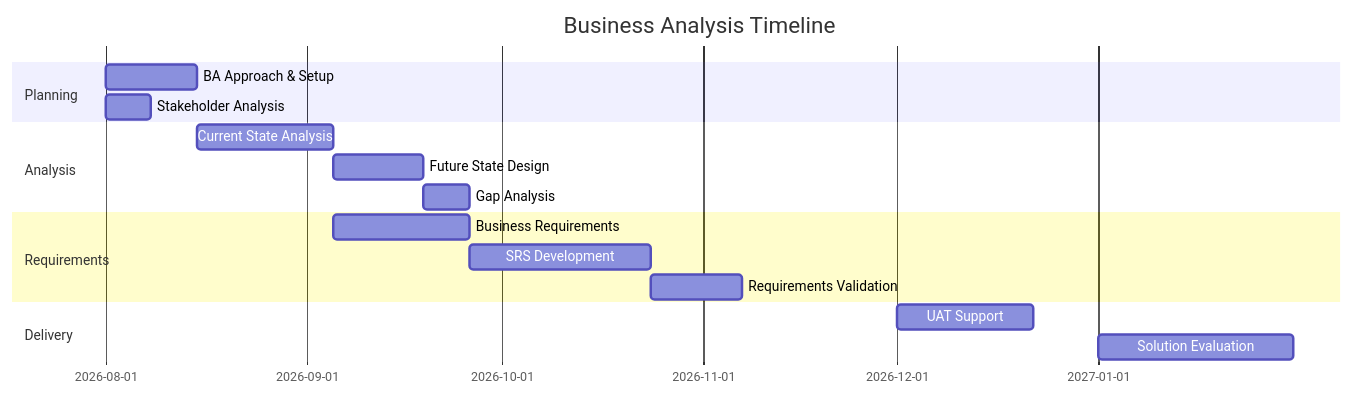
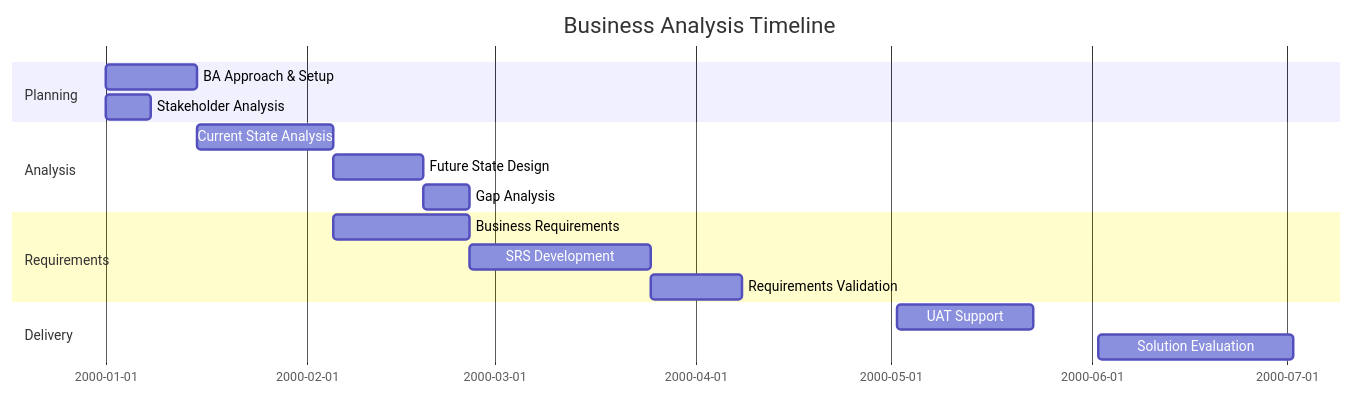
Before and after one commit to oat431/swe-knowledge: the third of 4 diagrams in document-template/01_Business_Analysis_and_strategy/Business-Analysis-Approach.md, drawn with Mermaid. The commit also changed 56 other files, not shown here.

````diff
--- a/document-template/01_Business_Analysis_and_strategy/Business-Analysis-Approach.md
+++ b/document-template/01_Business_Analysis_and_strategy/Business-Analysis-Approach.md
@@ -344,19 +344,20 @@
 ```mermaid
 gantt
     title Business Analysis Timeline
     dateFormat YYYY-MM-DD
+    %% Placeholder schedule: base 2000-01-01 = project start; recompute real dates when instantiating
     section Planning
-    BA Approach & Setup     :a1, 2026-08-01, 14d
-    Stakeholder Analysis    :a2, 2026-08-01, 7d
+    BA Approach & Setup     :a1, 2000-01-01, 14d
+    Stakeholder Analysis    :a2, 2000-01-01, 7d
     section Analysis
-    Current State Analysis  :b1, 2026-08-15, 21d
-    Future State Design     :b2, 2026-09-05, 14d
+    Current State Analysis  :b1, 2000-01-15, 21d
+    Future State Design     :b2, 2000-02-05, 14d
     Gap Analysis            :b3, after b2, 7d
     section Requirements
-    Business Requirements   :c1, 2026-09-05, 21d
+    Business Requirements   :c1, 2000-02-05, 21d
     SRS Development         :c2, after c1, 28d
     Requirements Validation :c3, after c2, 14d
     section Delivery
-    UAT Support             :d1, 2026-12-01, 21d
-    Solution Evaluation     :d2, 2027-01-01, 30d
+    UAT Support             :d1, 2000-05-02, 21d
+    Solution Evaluation     :d2, 2000-06-02, 30d
 ```
````
